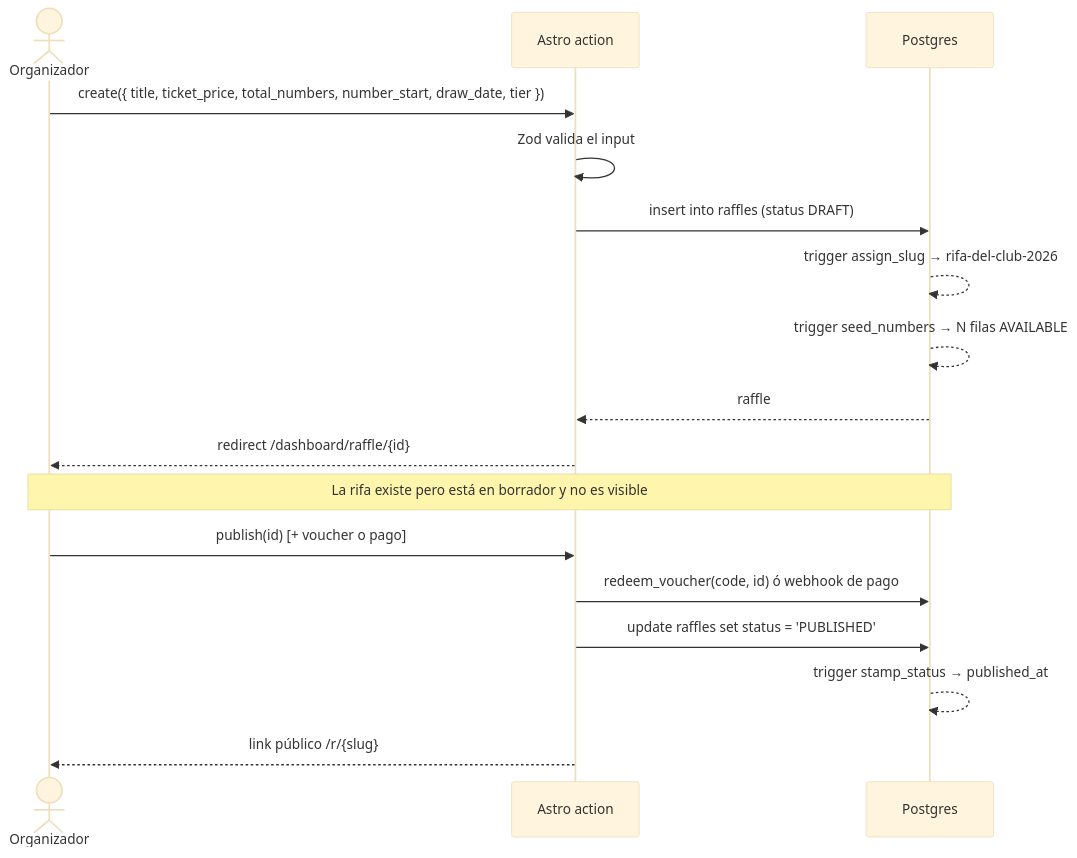
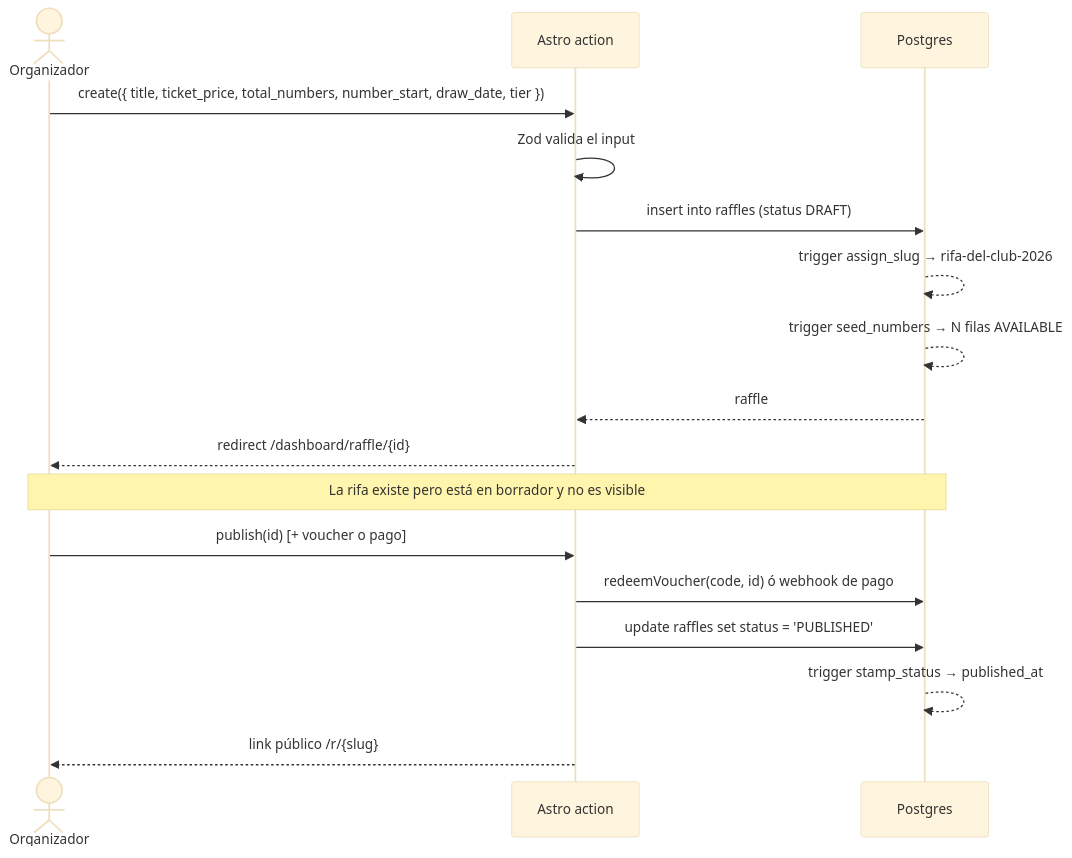
The first of 5 diagrams in docs/05-flujos.md (mauroviveros/rifate.app), drawn with Mermaid (base theme) before and after one commit. The commit also changed other lines of this file and 5 other files, not shown here.

Commit message:
docs: :memo: rewrite architecture and align every doc with the final stack

````diff
--- a/docs/05-flujos.md
+++ b/docs/05-flujos.md
@@ -15,22 +5,22 @@
 ```mermaid
 sequenceDiagram
     actor O as Organizador
     participant A as Astro action
     participant DB as Postgres
 
     O->>A: create({ title, ticket_price, total_numbers, number_start, draw_date, tier })
     A->>A: Zod valida el input
     A->>DB: insert into raffles (status DRAFT)
     DB-->>DB: trigger assign_slug     → rifa-del-club-2026
     DB-->>DB: trigger seed_numbers    → N filas AVAILABLE
     DB-->>A: raffle
     A-->>O: redirect /dashboard/raffle/{id}
 
     Note over O,DB: La rifa existe pero está en borrador y no es visible
 
     O->>A: publish(id)   [+ voucher o pago]
-    A->>DB: redeem_voucher(code, id)   ó   webhook de pago
+    A->>DB: redeemVoucher(code, id)   ó   webhook de pago
     A->>DB: update raffles set status = 'PUBLISHED'
     DB-->>DB: trigger stamp_status → published_at
     A-->>O: link público /r/{slug}
 ```
````
